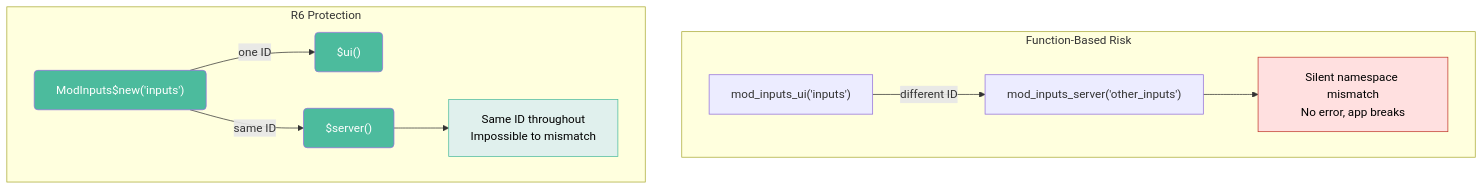
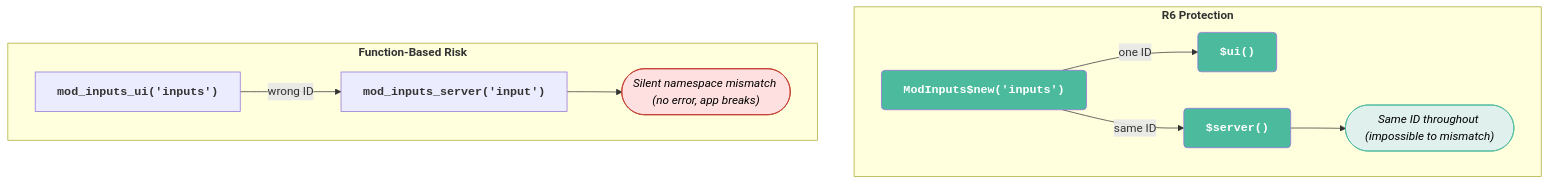
The eighth of 8 diagrams in posts/shiny-r6/index.qmd (mjfrigaard/mjfrigaard.github.io), drawn with Mermaid before and after one commit. The commit also changed other lines of this file and 23 other files, not shown here.

````diff
--- a/posts/shiny-r6/index.qmd
+++ b/posts/shiny-r6/index.qmd
@@ -690,34 +860,40 @@
 ```{mermaid}
 %%| eval: true
 %%| fig-align: 'center'
 %%| fig-caption: 'Namespace Mismatch Prevention'
 %%| echo: false
 %%{init: {'theme': 'base', 'themeVariables': { 'fontFamily': 'monospace', "darkMode":true}}}}%%
 
 flowchart TD
-    subgraph FuncProblems["Function-Based Risk"]
-        UI1["mod_inputs_ui('inputs')"]
-        ServeWrong["mod_inputs_server('other_inputs')"]
-        BugSilent["Silent namespace mismatch<br/>No error, app breaks"]
+    subgraph R6Safe["<strong>R6 Protection</strong>"]
+        Instance["<strong>ModInputs$new('inputs')</strong>"]
+        Ui2["<strong>$ui()</strong>"]
+        Serve2["<strong>$server()</strong>"]
+        BugFree(["<em>Same ID throughout (impossible to mismatch)</em>"])
+    end
+    
+    subgraph FuncProblems["<strong>Function-Based Risk</strong>"]
+        UI1["<strong>mod_inputs_ui('inputs')</strong>"]
+        ServeWrong["<strong>mod_inputs_server('input')</strong>"]
+        BugSilent(["<em>Silent namespace mismatch (no error, app breaks)</em>"])
     end
 
-    subgraph R6Safe["R6 Protection"]
-        Instance["ModInputs$new('inputs')"]
-        Ui2["$ui()"]
-        Serve2["$server()"]
-        BugFree["Same ID throughout<br/>Impossible to mismatch"]
-    end
 
-    UI1 -->|"different ID"| ServeWrong
+    UI1 -->|"wrong ID"| ServeWrong
     ServeWrong --> BugSilent
 
     Instance -->|"one ID"| Ui2
     Instance -->|"same ID"| Serve2
     Serve2 --> BugFree
 
     style BugSilent fill:#FFE0E0,color:#000000,stroke:#c0392b
     style BugFree fill:#E0F0ED,color:#000000,stroke:#4CBB9D
-    style Instance fill:#4CBB9D,color:#FFFFFF,rx:5,ry:5
-    style Ui2 fill:#4CBB9D,color:#FFFFFF,rx:5,ry:5
-    style Serve2 fill:#4CBB9D,color:#FFFFFF,rx:5,ry:5
+    
+    style UI1 font-family:monospace
+    style ServeWrong font-family:monospace
+    
+    style Instance fill:#4CBB9D,color:#FFFFFF,rx:5,ry:5,font-family:monospace
+    style Ui2 fill:#4CBB9D,color:#FFFFFF,rx:5,ry:5,font-family:monospace
+    style Serve2 fill:#4CBB9D,color:#FFFFFF,rx:5,ry:5,font-family:monospace
+    
 ```
````
